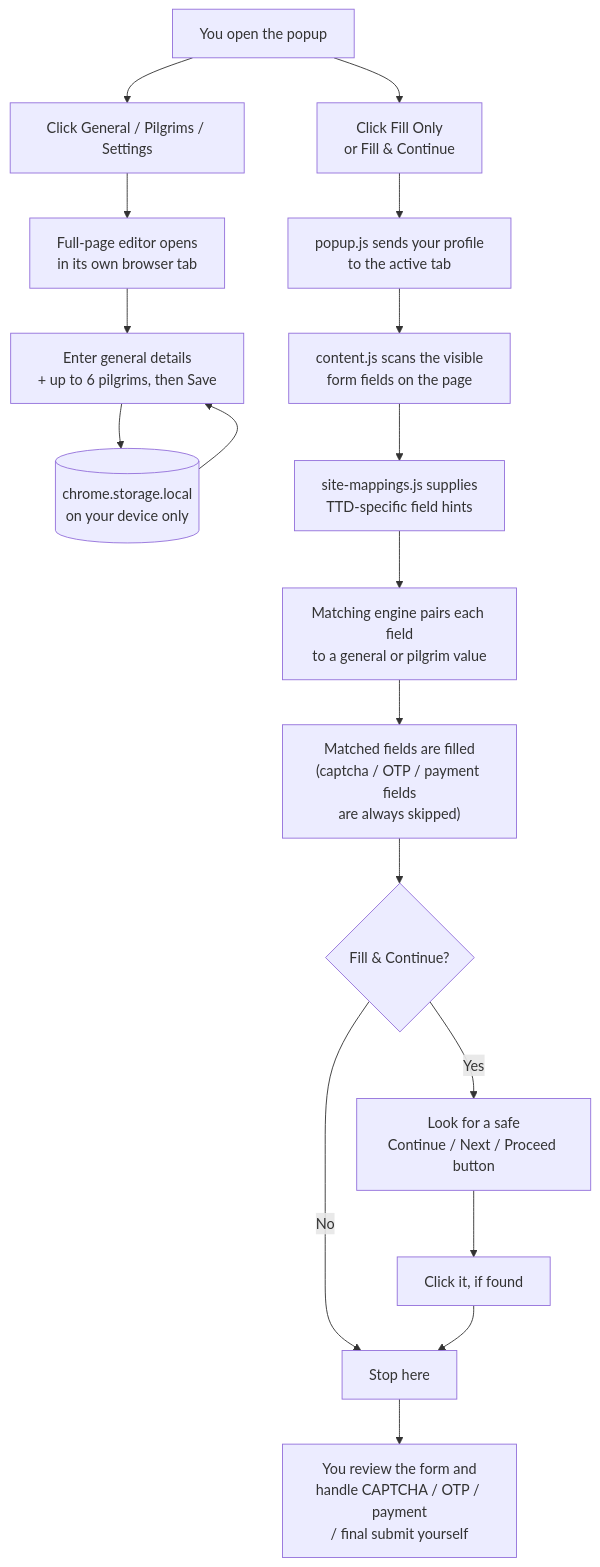
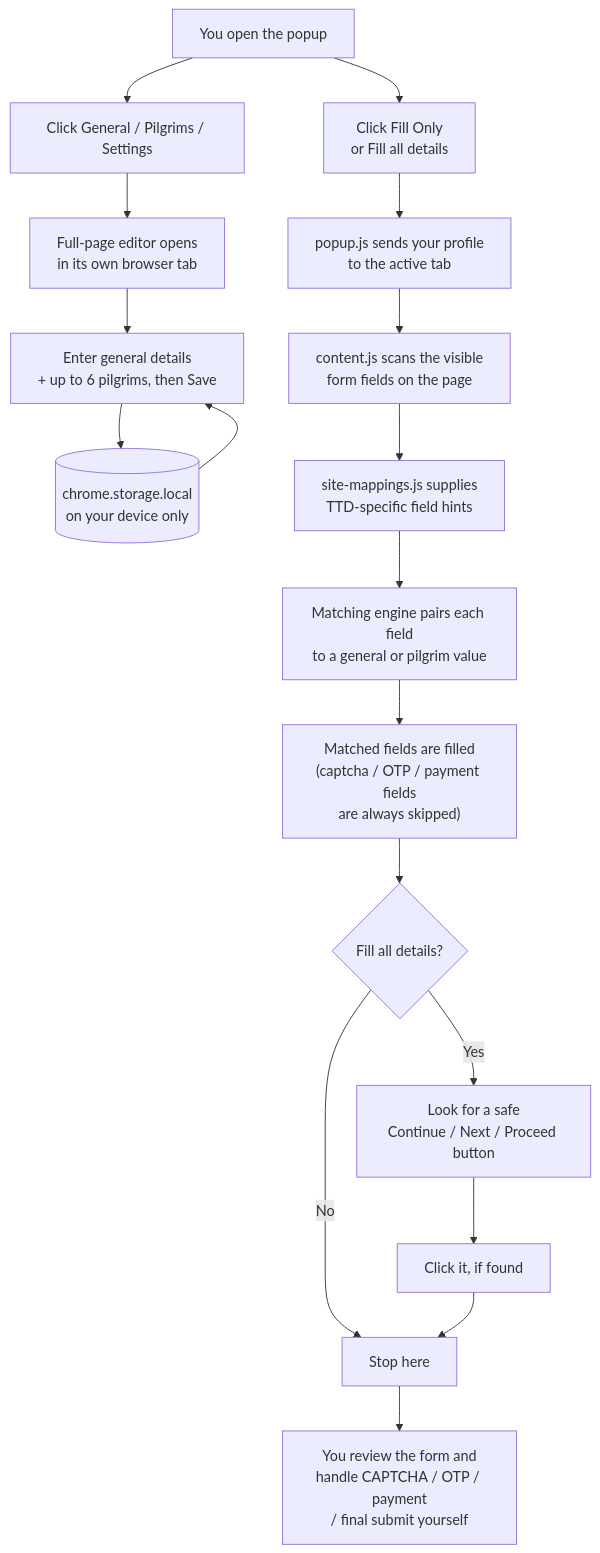
One commit to GudditiN/pilgrim-form-assistant changed the diagram in README.md. Above: the diagram before and after it, drawn with Mermaid. The commit also changed other lines of this file and 10 other files, not shown here.

First line of the commit message:
Add Click & Paste flow for TTD's script-input guard

````diff
--- a/README.md
+++ b/README.md
@@ -84,21 +84,21 @@
 ```mermaid
 flowchart TD
     A["You open the popup"] --> B0["Click General / Pilgrims / Settings"]
     B0 --> FP["Full-page editor opens\nin its own browser tab"]
     FP --> B["Enter general details\n+ up to 6 pilgrims, then Save"]
     B --> C[("chrome.storage.local\non your device only")]
     C --> B
 
-    A --> D["Click Fill Only\nor Fill & Continue"]
+    A --> D["Click Fill Only\nor Fill all details"]
     D --> E["popup.js sends your profile\nto the active tab"]
     E --> F["content.js scans the visible\nform fields on the page"]
     F --> G["site-mappings.js supplies\nTTD-specific field hints"]
     G --> H["Matching engine pairs each field\nto a general or pilgrim value"]
     H --> I["Matched fields are filled\n(captcha / OTP / payment fields\nare always skipped)"]
-    I --> J{"Fill & Continue?"}
+    I --> J{"Fill all details?"}
     J -- Yes --> K["Look for a safe\nContinue / Next / Proceed button"]
     K --> L["Click it, if found"]
     J -- No --> M["Stop here"]
     L --> M
     M --> N["You review the form and\nhandle CAPTCHA / OTP / payment\n/ final submit yourself"]
 ```
````
